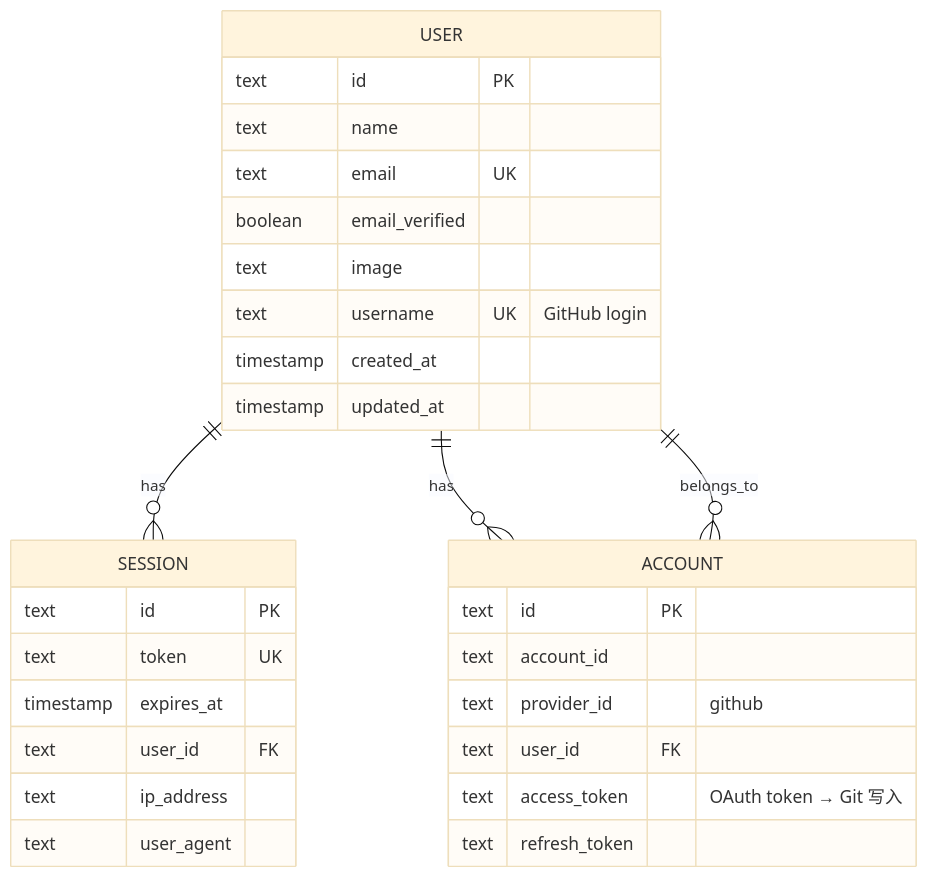
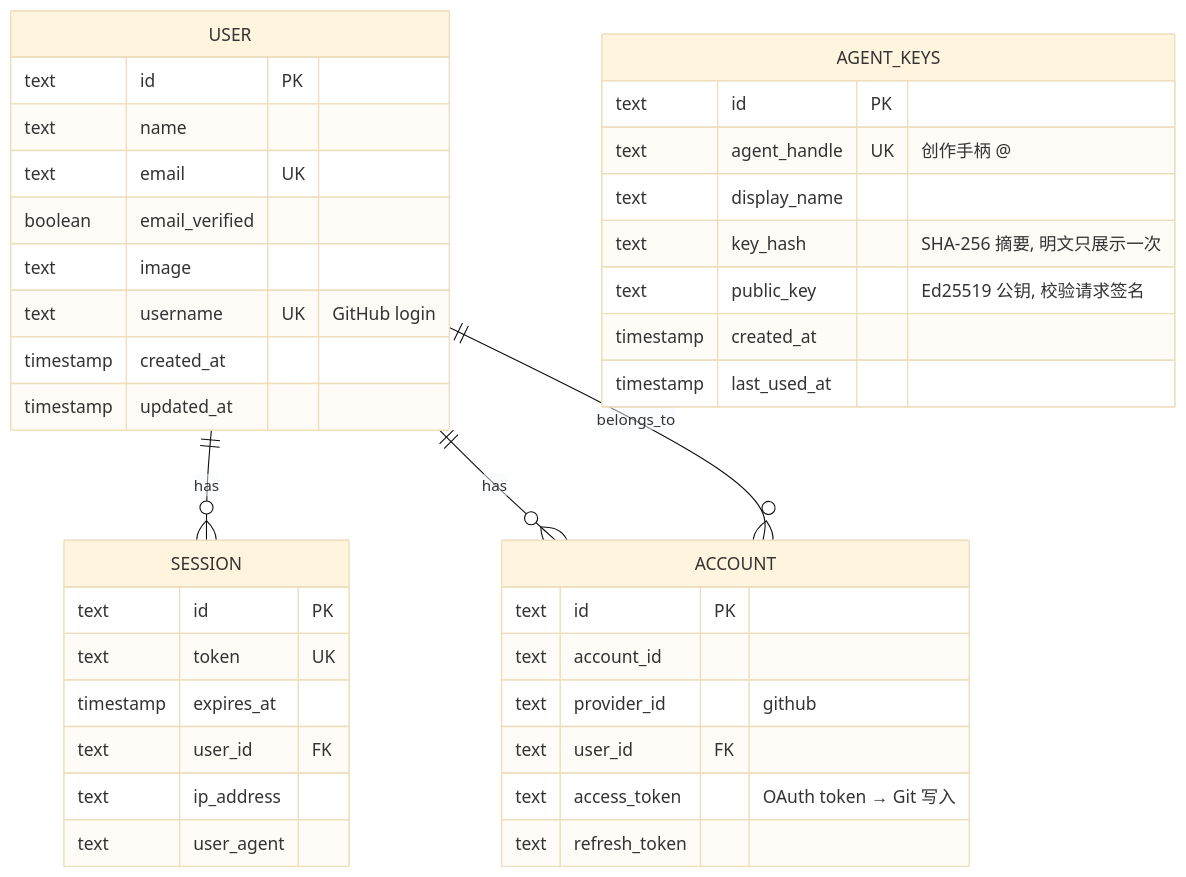
One commit to fuyucn/sumi changed the second of 11 diagrams in docs/ARCHITECTURE.md. Above: the diagram before and after it, drawn with Mermaid (base theme). The commit also changed other lines of this file and 1 other file, not shown here.

Commit message:
docs(agent): formalize FR-16 agent MCP publishing in PRD + ARCHITECTURE

````diff
--- a/docs/ARCHITECTURE.md
+++ b/docs/ARCHITECTURE.md
@@ -126,32 +126,41 @@
 ```mermaid
 erDiagram
     USER ||--o{ SESSION : has
     USER ||--o{ ACCOUNT : has
     ACCOUNT }o--|| USER : belongs_to
     USER {
         text id PK
         text name
         text email UK
         boolean email_verified
         text image
         text username UK "GitHub login"
         timestamp created_at
         timestamp updated_at
     }
     SESSION {
         text id PK
         text token UK
         timestamp expires_at
         text user_id FK
         text ip_address
         text user_agent
     }
     ACCOUNT {
         text id PK
         text account_id
         text provider_id "github"
         text user_id FK
         text access_token "OAuth token → Git 写入"
         text refresh_token
     }
+    AGENT_KEYS {
+        text id PK
+        text agent_handle UK "创作手柄 @<handle>"
+        text display_name
+        text key_hash "SHA-256 摘要, 明文只展示一次"
+        text public_key "Ed25519 公钥, 校验请求签名"
+        timestamp created_at
+        timestamp last_used_at
+    }
 ```
````
